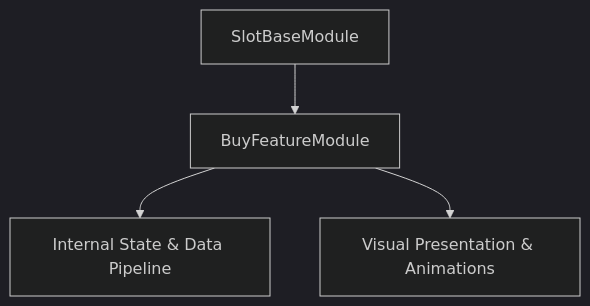
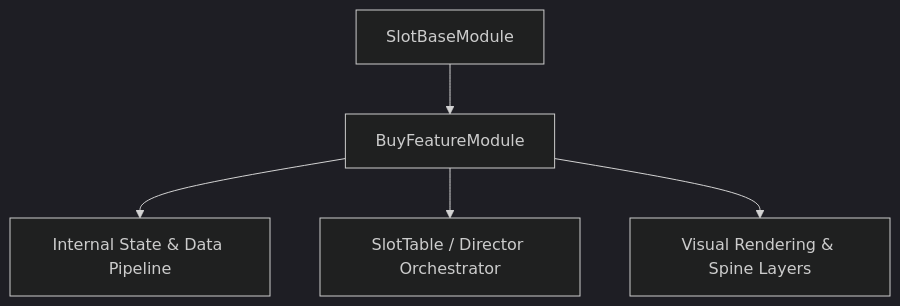
The diagram in docs/cc_slot_mechanics/modules/BuyFeatureModule/01_overview/01_architecture_and_role.md (lam-ark/mcp-fwcc), drawn with Mermaid (dark theme) before and after one commit. The commit also changed other lines of this file and 2509 other files, not shown here.

````diff
--- a/docs/cc_slot_mechanics/modules/BuyFeatureModule/01_overview/01_architecture_and_role.md
+++ b/docs/cc_slot_mechanics/modules/BuyFeatureModule/01_overview/01_architecture_and_role.md
@@ -18,6 +24,7 @@
 ```mermaid
 graph TD
-    Parent[SlotBaseModule] --> Mod[BuyFeatureModule]
-    Mod --> State[Internal State & Data Pipeline]
-    Mod --> Render[Visual Presentation & Animations]
+    SuperClass[SlotBaseModule] --> TargetClass[BuyFeatureModule]
+    TargetClass --> DataPipeline[Internal State & Data Pipeline]
+    TargetClass --> Orchestrator[SlotTable / Director Orchestrator]
+    TargetClass --> ViewLayer[Visual Rendering & Spine Layers]
 ```
````
